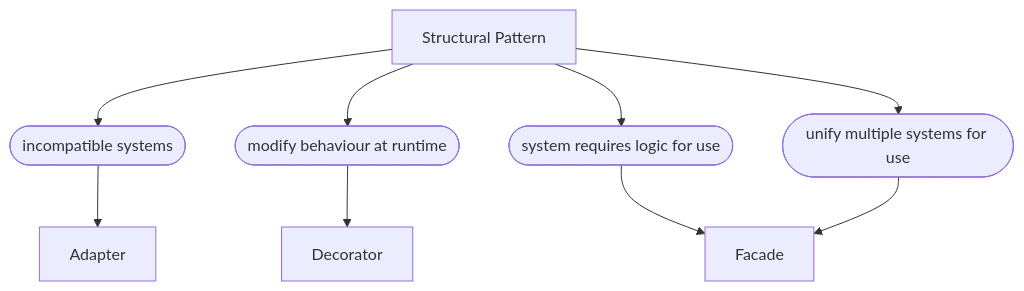
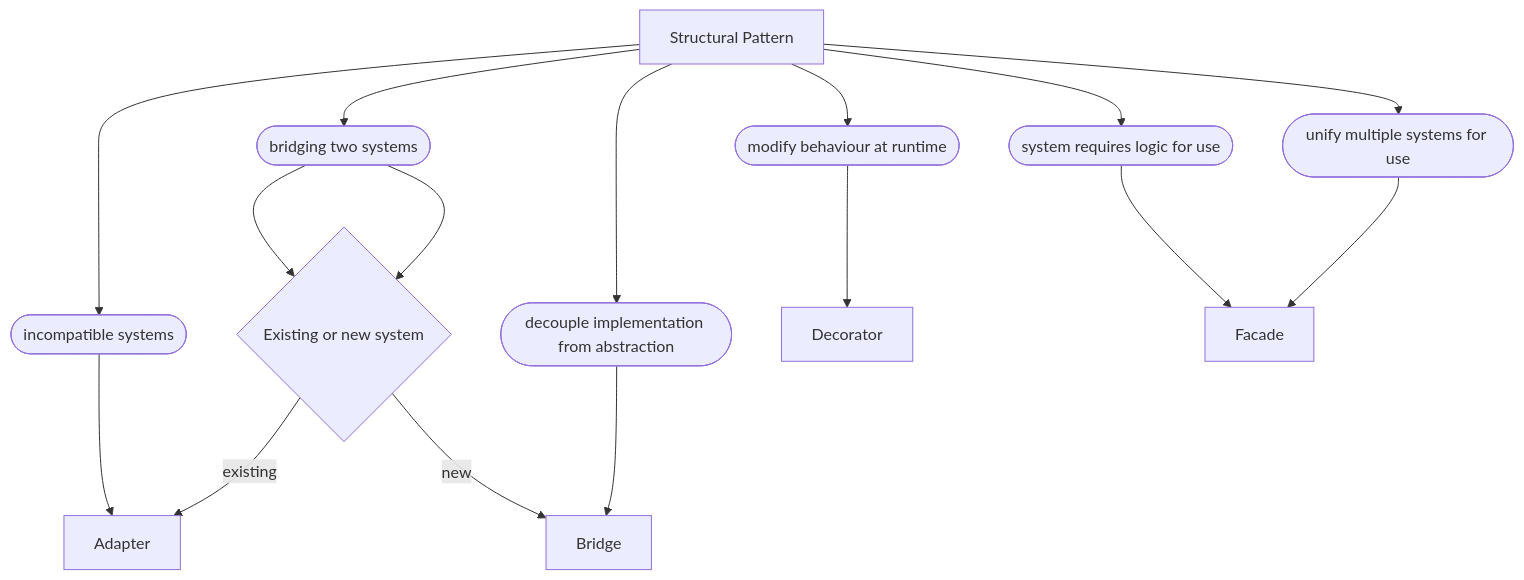
The third of 4 diagrams in noob.Patterns/PatternDecisionTree.md (ryanachten/noob), drawn with Mermaid before and after one commit. The commit also changed other lines of this file and 9 other files, not shown here.

````diff
--- a/noob.Patterns/PatternDecisionTree.md
+++ b/noob.Patterns/PatternDecisionTree.md
@@ -33,9 +33,13 @@
 ```mermaid
 graph TD;
     structural[Structural Pattern]-->a1([incompatible systems])-->adapter[Adapter]
+    structural-->p1([bridging two systems])-->existingSystem{Existing or new system}-->|existing|adapter
+    
+    p1-->existingSystem-->|new|bridge[Bridge]
+    structural-->b1([decouple implementation from abstraction])-->bridge
     
     structural-->d1([modify behaviour at runtime])-->decorator[Decorator]
     
     structural-->fa1([system requires logic for use])-->facade[Facade]
     structural-->fa2([unify multiple systems for use])-->facade
 ```
````
